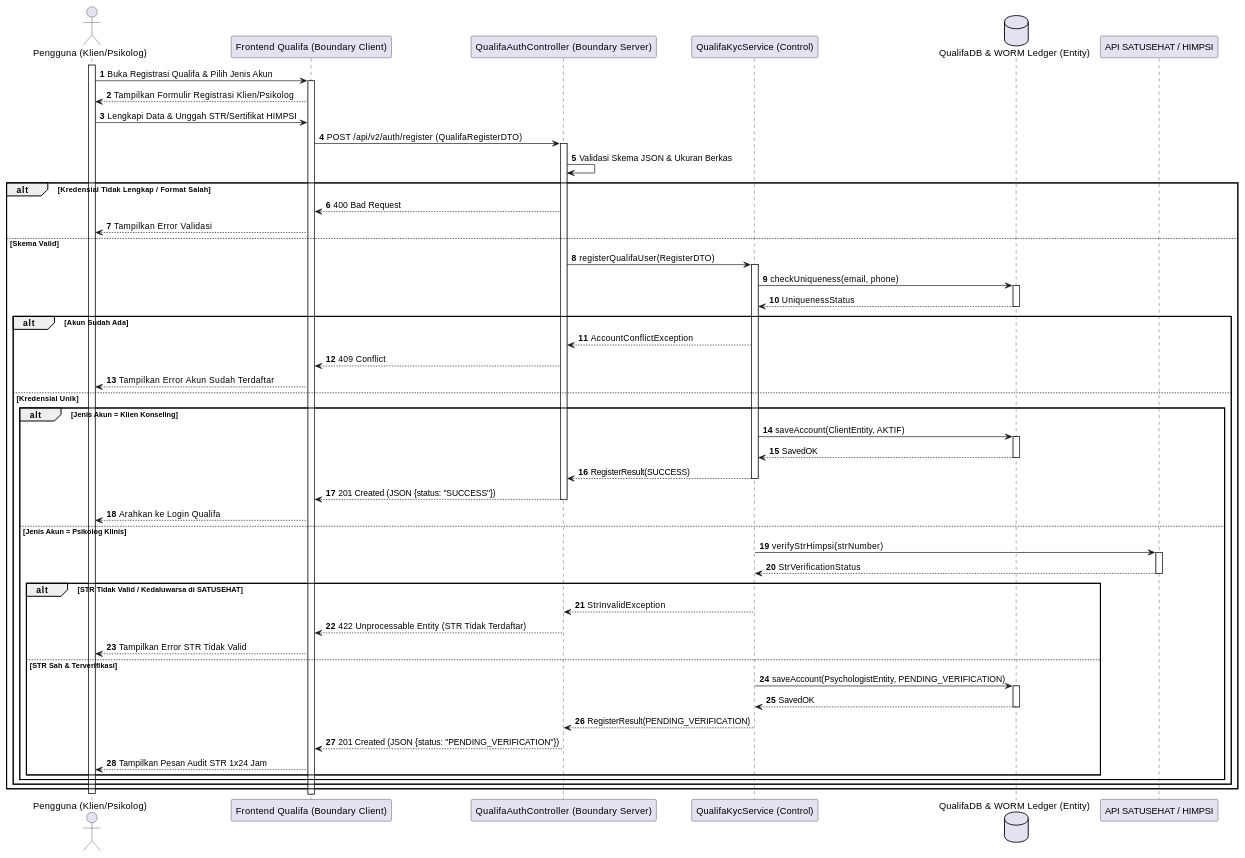
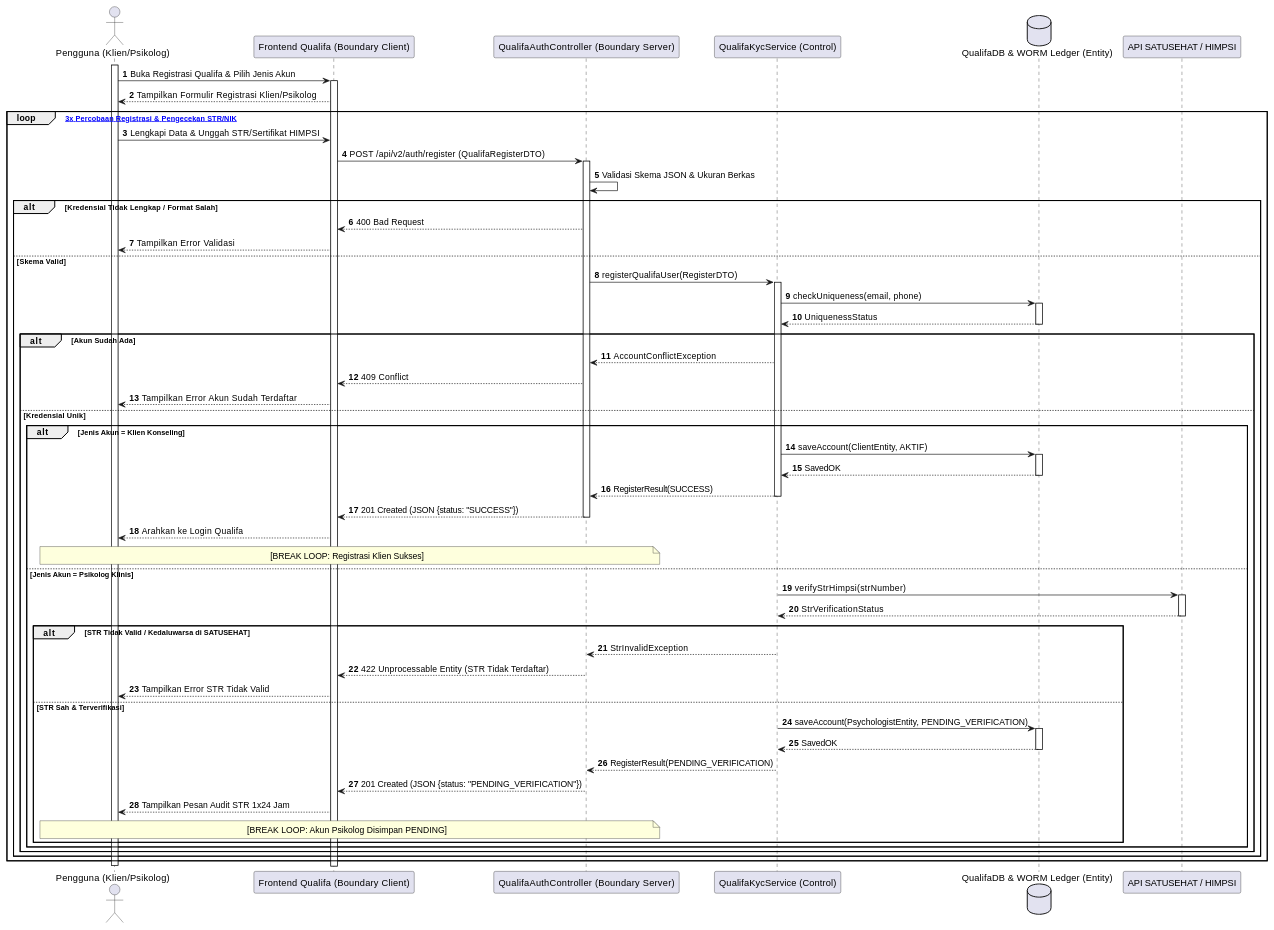
One commit to tupperwureism/SuperApp-Gagal changed diagram 17 of 28 in MarkDown/plantuml_sequence_diagrams.md. Above: the diagram before and after it, drawn with PlantUML. The commit also changed other lines of this file and 1 other file, not shown here.

Commit message:
docs: Deep 1-to-1 AD Fidelity synchronization for all 28 Sequence Diagrams with 5-Lifeline BCE

````diff
--- a/MarkDown/plantuml_sequence_diagrams.md
+++ b/MarkDown/plantuml_sequence_diagrams.md
@@ -749,57 +854,61 @@
 ```plantuml
 @startuml
 autonumber
 actor "Pengguna (Klien/Psikolog)" as User
 participant "Frontend Qualifa (Boundary Client)" as B_FE
 participant "QualifaAuthController (Boundary Server)" as B_BE
 participant "QualifaKycService (Control)" as C_Svc
 database "QualifaDB & WORM Ledger (Entity)" as E_DB
 participant "API SATUSEHAT / HIMPSI" as Ext
 
 activate User
 User -> B_FE ++ : Buka Registrasi Qualifa & Pilih Jenis Akun
 B_FE --> User : Tampilkan Formulir Registrasi Klien/Psikolog
-User -> B_FE : Lengkapi Data & Unggah STR/Sertifikat HIMPSI
-B_FE -> B_BE ++ : POST /api/v2/auth/register (QualifaRegisterDTO)
-B_BE -> B_BE : Validasi Skema JSON & Ukuran Berkas
+loop [Maksimal 3x Percobaan Registrasi & Pengecekan STR/NIK]
+    User -> B_FE : Lengkapi Data & Unggah STR/Sertifikat HIMPSI
+    B_FE -> B_BE ++ : POST /api/v2/auth/register (QualifaRegisterDTO)
+    B_BE -> B_BE : Validasi Skema JSON & Ukuran Berkas
 
-alt Kredensial Tidak Lengkap / Format Salah
-    B_BE --> B_FE : 400 Bad Request
-    B_FE --> User : Tampilkan Error Validasi
-else Skema Valid
-    B_BE -> C_Svc ++ : registerQualifaUser(RegisterDTO)
-    C_Svc -> E_DB ++ : checkUniqueness(email, phone)
-    E_DB --> C_Svc -- : UniquenessStatus
+    alt Kredensial Tidak Lengkap / Format Salah
+        B_BE --> B_FE : 400 Bad Request
+        B_FE --> User : Tampilkan Error Validasi
+    else Skema Valid
+        B_BE -> C_Svc ++ : registerQualifaUser(RegisterDTO)
+        C_Svc -> E_DB ++ : checkUniqueness(email, phone)
+        E_DB --> C_Svc -- : UniquenessStatus
 
-    alt Akun Sudah Ada
-        C_Svc --> B_BE : AccountConflictException
-        B_BE --> B_FE : 409 Conflict
-        B_FE --> User : Tampilkan Error Akun Sudah Terdaftar
-    else Kredensial Unik
-        alt Jenis Akun = Klien Konseling
-            C_Svc -> E_DB ++ : saveAccount(ClientEntity, AKTIF)
-            E_DB --> C_Svc -- : SavedOK
-            C_Svc --> B_BE -- : RegisterResult(SUCCESS)
-            B_BE --> B_FE -- : 201 Created (JSON {status: "SUCCESS"})
-            B_FE --> User : Arahkan ke Login Qualifa
-        else Jenis Akun = Psikolog Klinis
-            C_Svc -> Ext ++ : verifyStrHimpsi(strNumber)
-            Ext --> C_Svc -- : StrVerificationStatus
+        alt Akun Sudah Ada
+            C_Svc --> B_BE : AccountConflictException
+            B_BE --> B_FE : 409 Conflict
+            B_FE --> User : Tampilkan Error Akun Sudah Terdaftar
+        else Kredensial Unik
+            alt Jenis Akun = Klien Konseling
+                C_Svc -> E_DB ++ : saveAccount(ClientEntity, AKTIF)
+                E_DB --> C_Svc -- : SavedOK
+                C_Svc --> B_BE -- : RegisterResult(SUCCESS)
+                B_BE --> B_FE -- : 201 Created (JSON {status: "SUCCESS"})
+                B_FE --> User : Arahkan ke Login Qualifa
+                note over User, B_BE : [BREAK LOOP: Registrasi Klien Sukses]
+            else Jenis Akun = Psikolog Klinis
+                C_Svc -> Ext ++ : verifyStrHimpsi(strNumber)
+                Ext --> C_Svc -- : StrVerificationStatus
 
-            alt STR Tidak Valid / Kedaluwarsa di SATUSEHAT
-                C_Svc --> B_BE : StrInvalidException
-                B_BE --> B_FE : 422 Unprocessable Entity (STR Tidak Terdaftar)
-                B_FE --> User : Tampilkan Error STR Tidak Valid
-            else STR Sah & Terverifikasi
-                C_Svc -> E_DB ++ : saveAccount(PsychologistEntity, PENDING_VERIFICATION)
-                E_DB --> C_Svc -- : SavedOK
-                C_Svc --> B_BE -- : RegisterResult(PENDING_VERIFICATION)
-                B_BE --> B_FE -- : 201 Created (JSON {status: "PENDING_VERIFICATION"})
-                B_FE --> User : Tampilkan Pesan Audit STR 1x24 Jam
+                alt STR Tidak Valid / Kedaluwarsa di SATUSEHAT
+                    C_Svc --> B_BE : StrInvalidException
+                    B_BE --> B_FE : 422 Unprocessable Entity (STR Tidak Terdaftar)
+                    B_FE --> User : Tampilkan Error STR Tidak Valid
+                else STR Sah & Terverifikasi
+                    C_Svc -> E_DB ++ : saveAccount(PsychologistEntity, PENDING_VERIFICATION)
+                    E_DB --> C_Svc -- : SavedOK
+                    C_Svc --> B_BE -- : RegisterResult(PENDING_VERIFICATION)
+                    B_BE --> B_FE -- : 201 Created (JSON {status: "PENDING_VERIFICATION"})
+                    B_FE --> User : Tampilkan Pesan Audit STR 1x24 Jam
+                    note over User, B_BE : [BREAK LOOP: Akun Psikolog Disimpan PENDING]
+                end
             end
         end
     end
 end
 deactivate User
 @enduml
 ```
````
